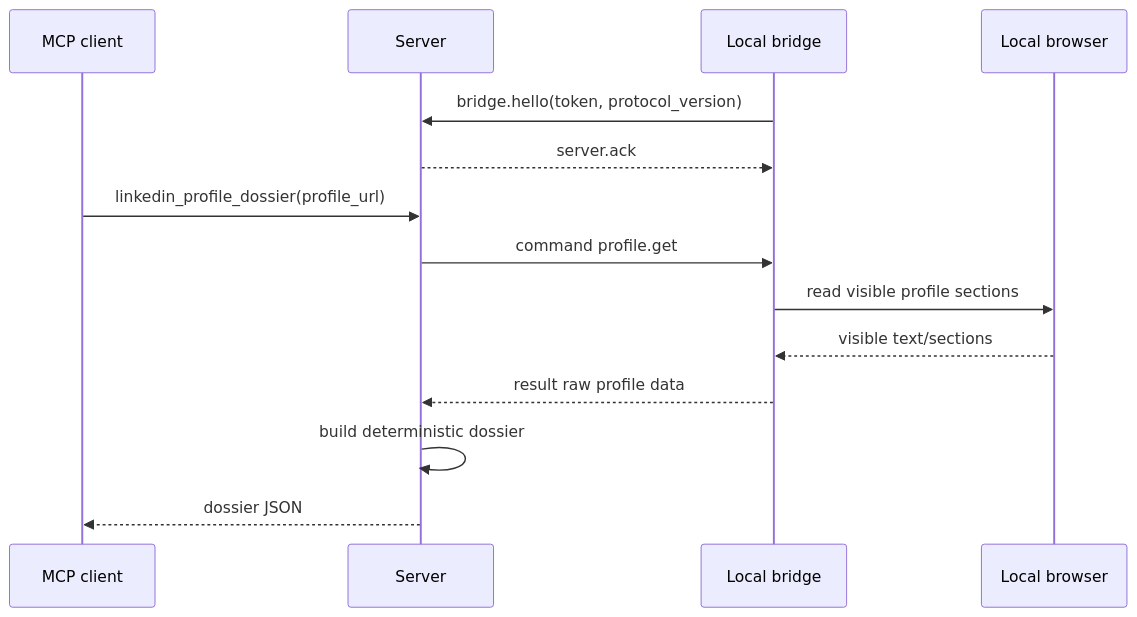
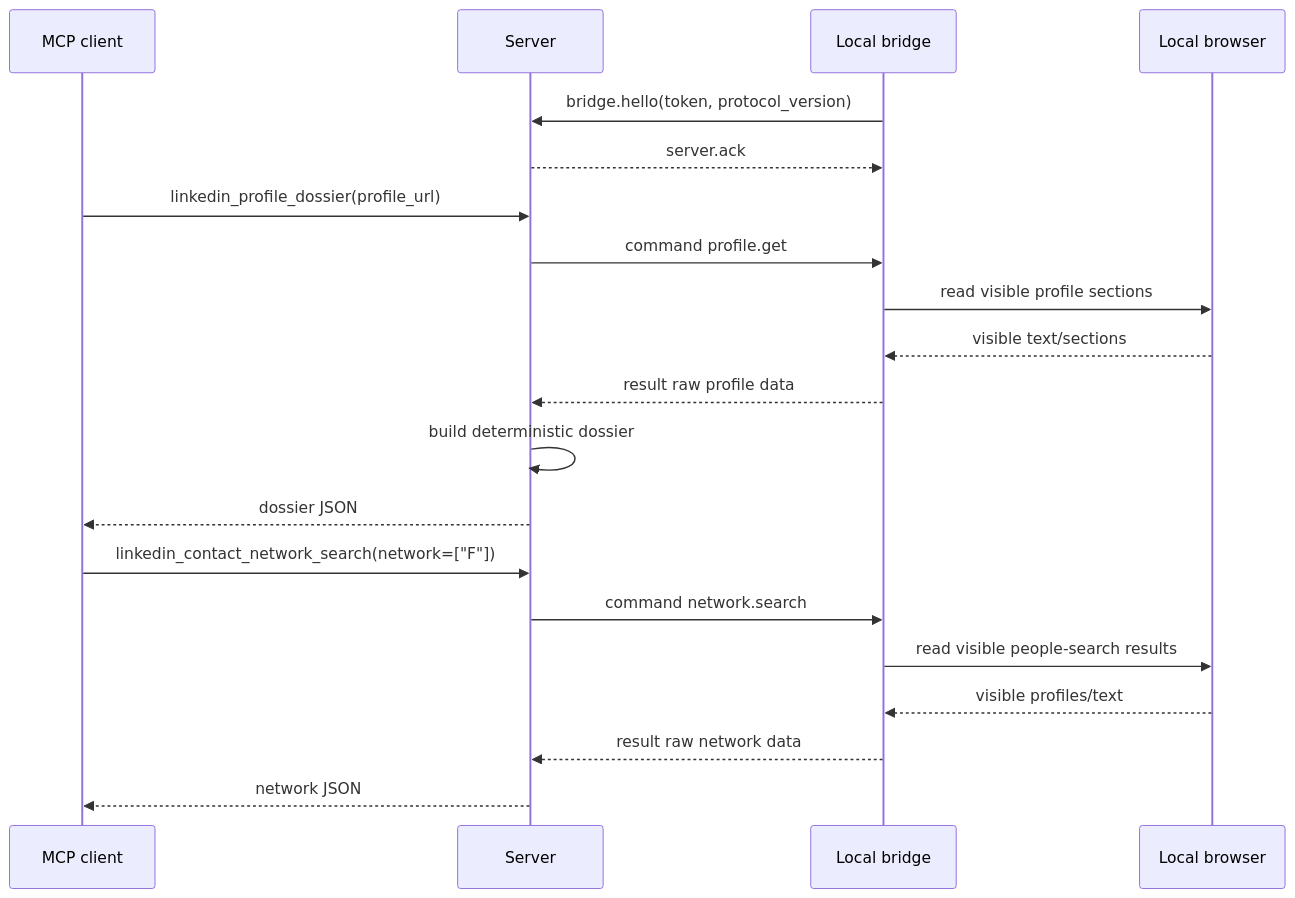
Before and after one commit to alexanderskorokhodov/remote-mcp-linkedin: the diagram in docs/ARCHITECTURE.md, drawn with Mermaid. The commit also changed other lines of this file and 14 other files, not shown here.

````diff
--- a/docs/ARCHITECTURE.md
+++ b/docs/ARCHITECTURE.md
@@ -43,17 +44,24 @@
 ```mermaid
 sequenceDiagram
   participant C as MCP client
   participant S as Server
   participant B as Local bridge
   participant L as Local browser
 
   B->>S: bridge.hello(token, protocol_version)
   S-->>B: server.ack
   C->>S: linkedin_profile_dossier(profile_url)
   S->>B: command profile.get
   B->>L: read visible profile sections
   L-->>B: visible text/sections
   B-->>S: result raw profile data
   S->>S: build deterministic dossier
   S-->>C: dossier JSON
+
+  C->>S: linkedin_contact_network_search(network=["F"])
+  S->>B: command network.search
+  B->>L: read visible people-search results
+  L-->>B: visible profiles/text
+  B-->>S: result raw network data
+  S-->>C: network JSON
 ```
````
